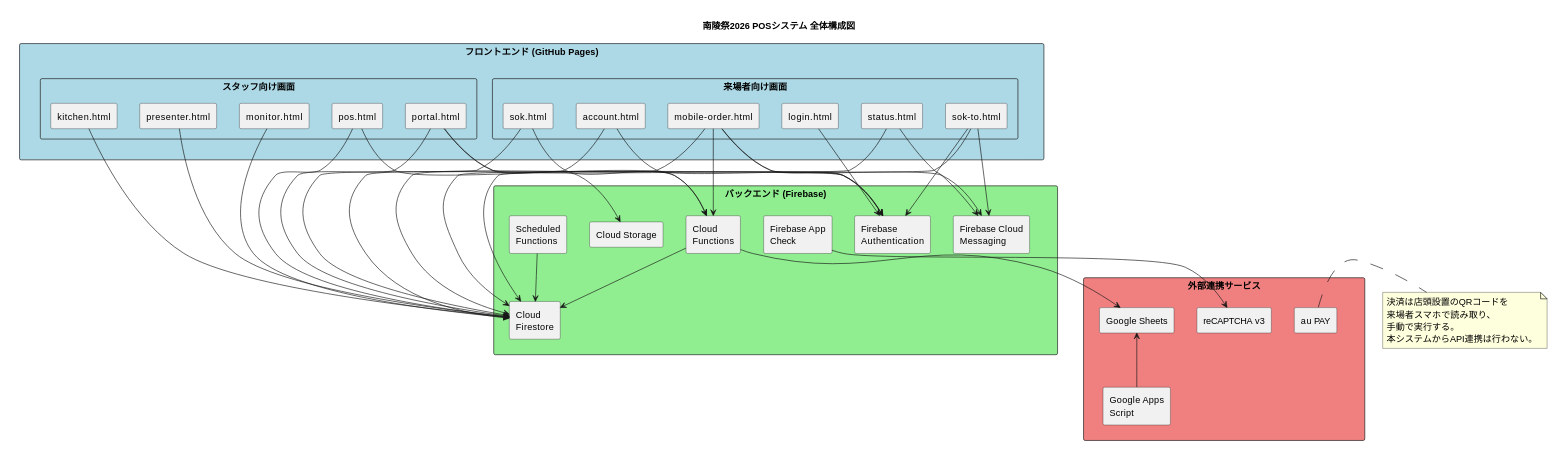
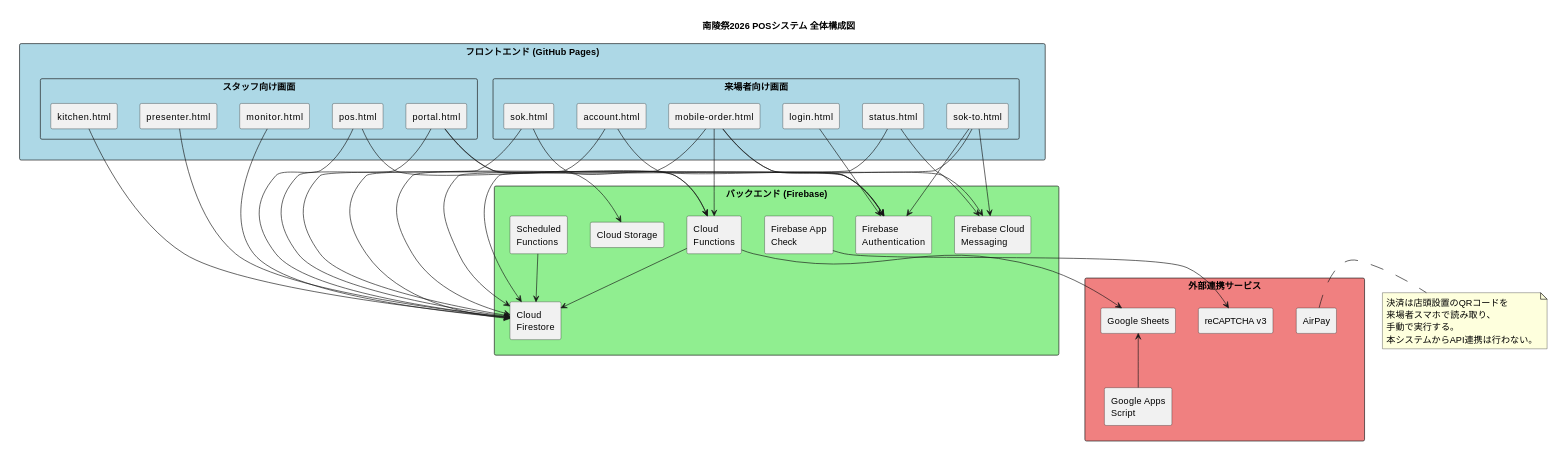
One commit to ynr-cs/nanryosai2026 changed the first of 2 diagrams in 設計図/sandbox/第2章.md. Above: the diagram before and after it, drawn with PlantUML. The commit also changed other lines of this file and 28 other files, not shown here.

```diff
--- a/設計図/sandbox/第2章.md
+++ b/設計図/sandbox/第2章.md
@@ -56,7 +56,7 @@
 }
 
 package "外部連携サービス" #LightCoral {
-  [au PAY] as AuPay
+  [AirPay] as AirPay
   [Google Sheets] as Sheets
   [Google Apps Script] as GAS
   [reCAPTCHA v3] as Recaptcha
@@ -101,7 +101,7 @@
 AppCheck --> Recaptcha
 Sheets <-- GAS
 
-note right of AuPay
+note right of AirPay
   決済は店頭設置のQRコードを
   来場者スマホで読み取り、
   手動で実行する。
```
